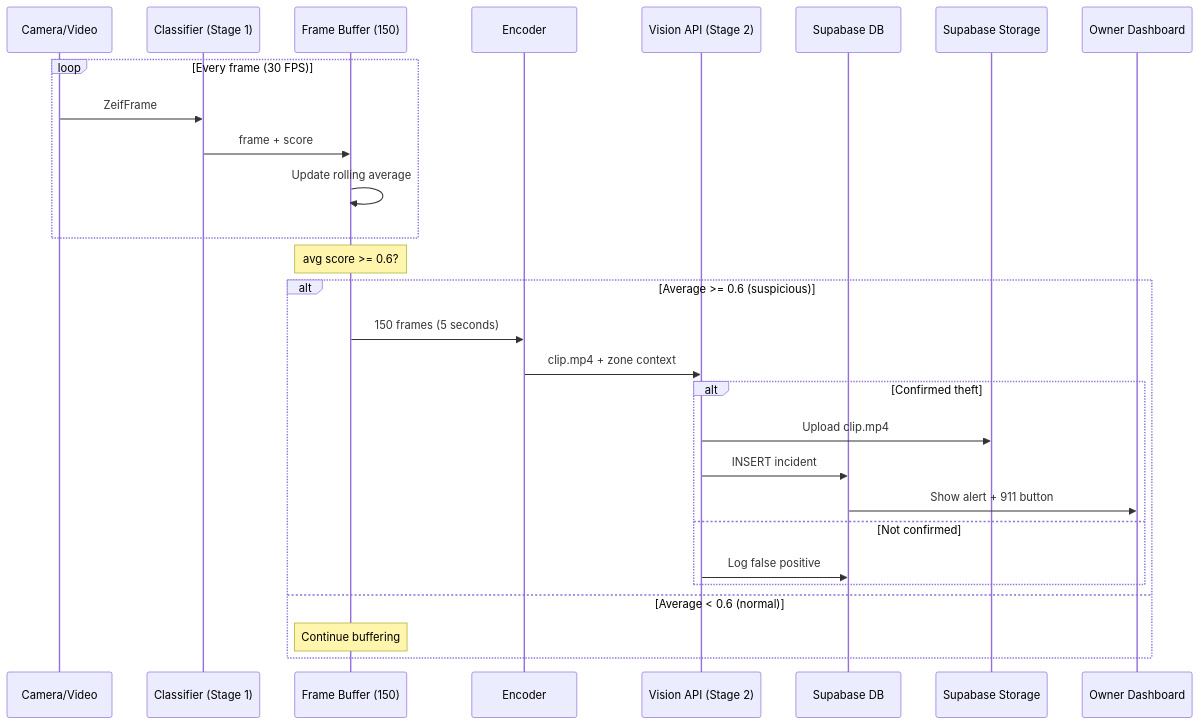
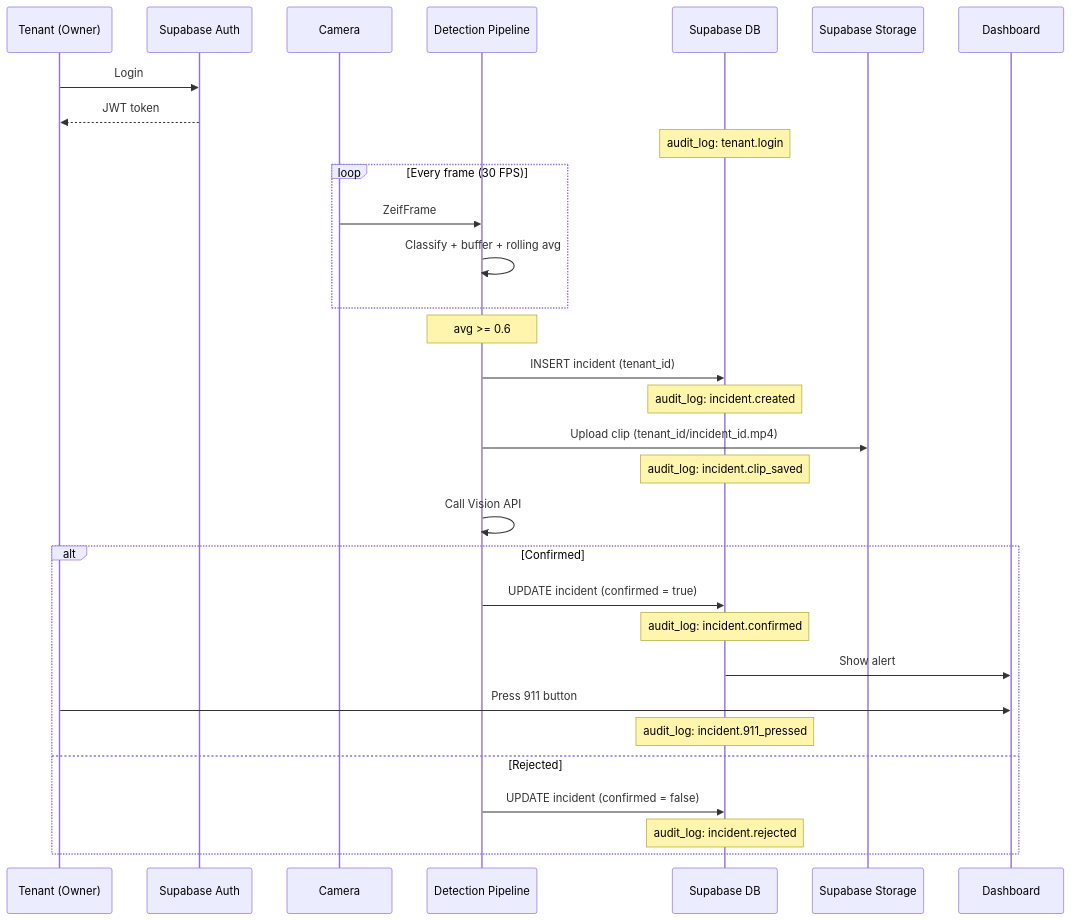
The third of 4 diagrams in docs/database-erd.md (valencorrea/zeif), drawn with Mermaid before and after one commit. The commit also changed other lines of this file, not shown here.

Commit message:
docs: update ER diagram with tenants, audit_logs, and multi-tenant RLS

````diff
--- a/docs/database-erd.md
+++ b/docs/database-erd.md
@@ -39,33 +74,38 @@
 ```mermaid
 sequenceDiagram
-    participant Cam as Camera/Video
-    participant Cls as Classifier (Stage 1)
-    participant Buf as Frame Buffer (150)
-    participant Enc as Encoder
-    participant API as Vision API (Stage 2)
+    participant T as Tenant (Owner)
+    participant Auth as Supabase Auth
+    participant Cam as Camera
+    participant Pipe as Detection Pipeline
     participant DB as Supabase DB
     participant S3 as Supabase Storage
-    participant UI as Owner Dashboard
+    participant UI as Dashboard
+
+    T->>Auth: Login
+    Auth-->>T: JWT token
+    Note over DB: audit_log: tenant.login
 
     loop Every frame (30 FPS)
-        Cam->>Cls: ZeifFrame
-        Cls->>Buf: frame + score
-        Buf->>Buf: Update rolling average
+        Cam->>Pipe: ZeifFrame
+        Pipe->>Pipe: Classify + buffer + rolling avg
     end
 
-    Note over Buf: avg score >= 0.6?
+    Note over Pipe: avg >= 0.6
 
-    alt Average >= 0.6 (suspicious)
-        Buf->>Enc: 150 frames (5 seconds)
-        Enc->>API: clip.mp4 + zone context
-        alt Confirmed theft
-            API->>S3: Upload clip.mp4
-            API->>DB: INSERT incident
-            DB->>UI: Show alert + 911 button
-        else Not confirmed
-            API->>DB: Log false positive
-        end
-    else Average < 0.6 (normal)
-        Note over Buf: Continue buffering
+    Pipe->>DB: INSERT incident (tenant_id)
+    Note over DB: audit_log: incident.created
+    Pipe->>S3: Upload clip (tenant_id/incident_id.mp4)
+    Note over DB: audit_log: incident.clip_saved
+    Pipe->>Pipe: Call Vision API
+
+    alt Confirmed
+        Pipe->>DB: UPDATE incident (confirmed = true)
+        Note over DB: audit_log: incident.confirmed
+        DB->>UI: Show alert
+        T->>UI: Press 911 button
+        Note over DB: audit_log: incident.911_pressed
+    else Rejected
+        Pipe->>DB: UPDATE incident (confirmed = false)
+        Note over DB: audit_log: incident.rejected
     end
 ```
````
